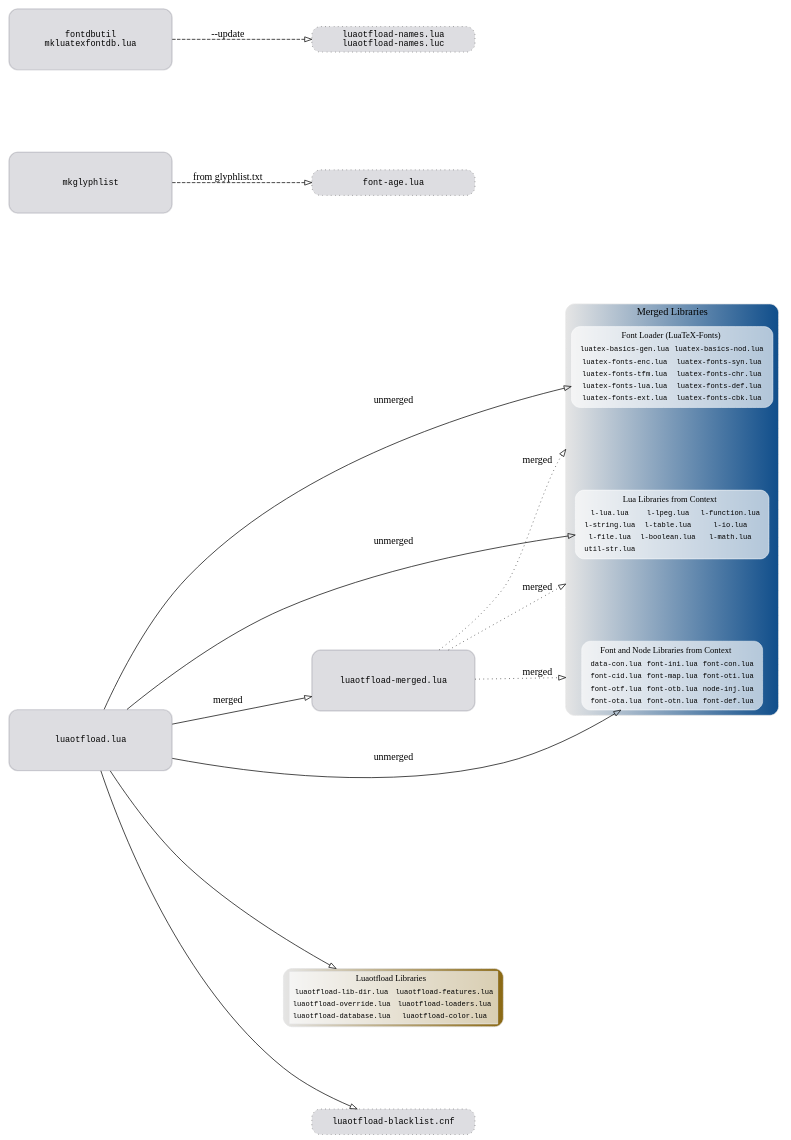
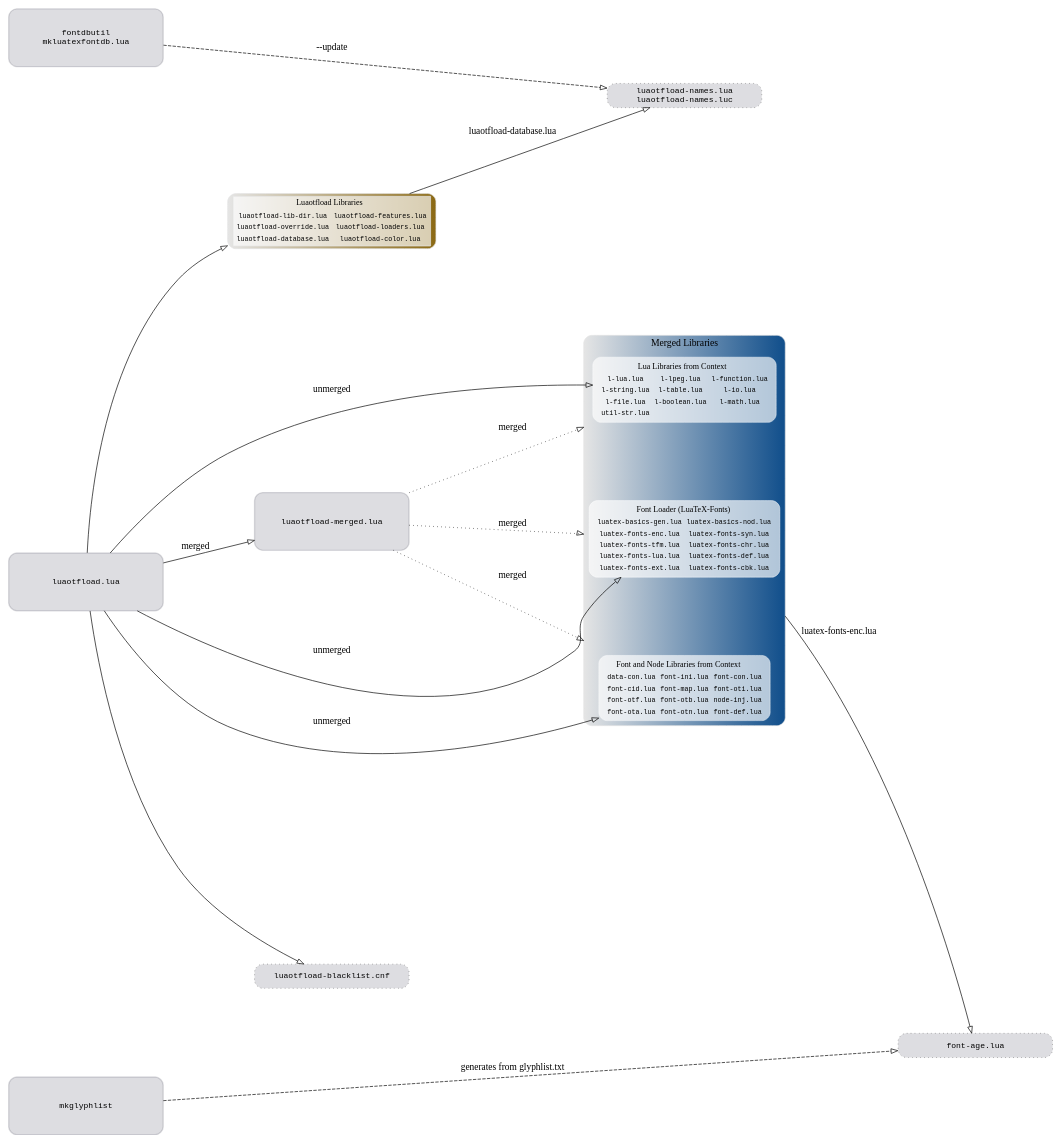
Before and after one commit to latex3/luaotfload: the diagram in filegraph.dot, drawn with Graphviz. The commit also changed 1 other file, not shown here.

Commit message:
update doc for new file names

```diff
--- a/filegraph.dot
+++ b/filegraph.dot
@@ -27,6 +27,9 @@
 /* ····································································
  * file structure
  * ································································· */
+    fontdbutil  -> font_names   [label="--update",
+                                 style=dashed]
+
     luaotfload -> otfl_fonts_merged [label="merged"]
     luaotfload -> merged_lua_libs     [label="unmerged", style=solid]
     luaotfload -> merged_luatex_fonts [label="unmerged", style=solid]
@@ -34,11 +37,6 @@
 
     luaotfload -> luaotfload_libs
     luaotfload -> otfl_blacklist_cnf
-
-    mkglyphlist -> font_age     [label="from glyphlist.txt",
-                                 style=dashed]
-    fontdbutil  -> font_names   [label="--update",
-                                 style=dashed]
 
     otfl_fonts_merged -> merged_lua_libs     [label="merged",
                                               style=dotted,
@@ -50,7 +48,15 @@
                                               style=dotted,
                                               lhead=cluster_merged]
 
+    merged_luatex_fonts -> font_age [label="luatex-fonts-enc.lua",
+                                     ltail=cluster_merged]
 
+    luaotfload_libs -> font_names [label="luaotfload-database.lua"]
+
+    mkglyphlist -> font_age     [label="generates from glyphlist.txt",
+                                 style=dashed]
+
+    subgraph { rank = same; mkglyphlist; fontdbutil; luaotfload }
 
 /* ····································································
  * main files
```
